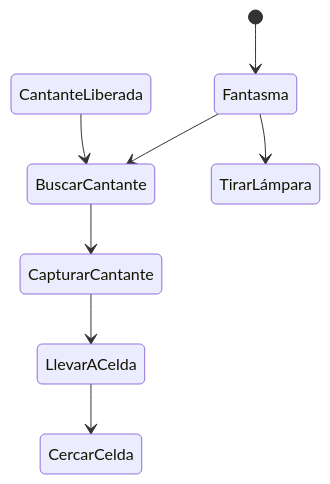
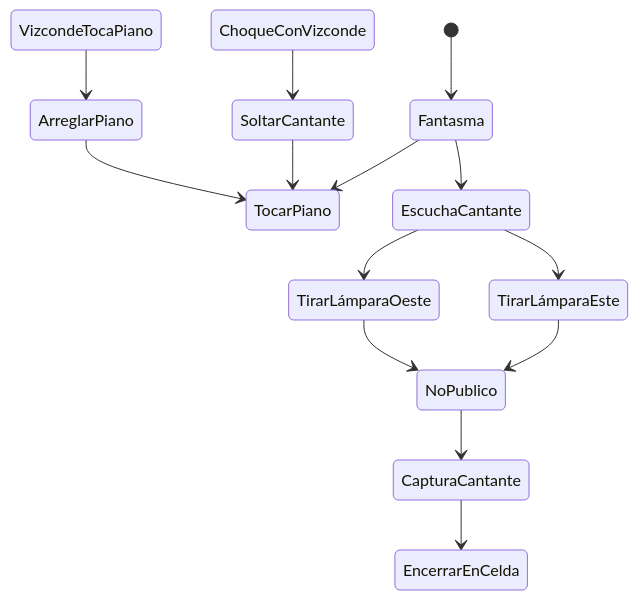
The fourth of 4 diagrams in README.md (IAV23-G04/IAV23-G04-P3), drawn with Mermaid before and after one commit.

````diff
--- a/README.md
+++ b/README.md
@@ -307,11 +307,16 @@
 ```mermaid
 stateDiagram
     [*] --> Fantasma
-    Fantasma --> BuscarCantante
-    Fantasma --> TirarLámpara
-    BuscarCantante --> CapturarCantante
-    CapturarCantante --> LlevarACelda
-    LlevarACelda --> CercarCelda
-
-    CantanteLiberada --> BuscarCantante
+    Fantasma --> TocarPiano
+    Fantasma --> EscuchaCantante
+    EscuchaCantante --> TirarLámparaEste
+    EscuchaCantante --> TirarLámparaOeste
+    TirarLámparaEste --> NoPublico
+    TirarLámparaOeste --> NoPublico
+    NoPublico --> CapturaCantante
+    CapturaCantante --> EncerrarEnCelda
+    ChoqueConVizconde --> SoltarCantante
+    SoltarCantante --> TocarPiano
+    VizcondeTocaPiano --> ArreglarPiano
+    ArreglarPiano --> TocarPiano
 ```
````
